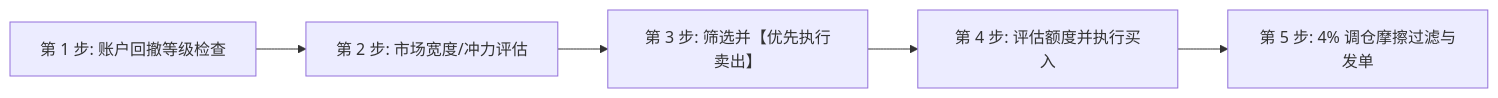
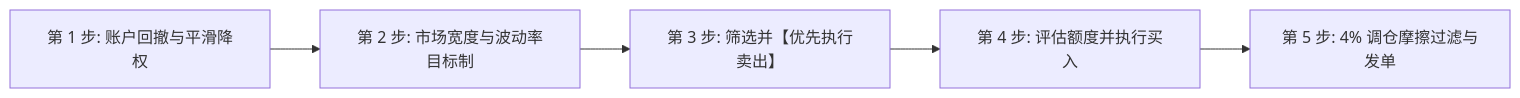
The second of 2 diagrams in docs/ruleset/chan_four_state_blend/rules_cn.md (stonewell/quant_research), drawn with Mermaid before and after one commit. The commit also changed other lines of this file and 33 other files, not shown here.

````diff
--- a/docs/ruleset/chan_four_state_blend/rules_cn.md
+++ b/docs/ruleset/chan_four_state_blend/rules_cn.md
@@ -53,7 +53,7 @@
 ```mermaid
 flowchart LR
-    T1["第 1 步: 账户回撤等级检查"] --> T2["第 2 步: 市场宽度/冲力评估"]
+    T1["第 1 步: 账户回撤与平滑降权"] --> T2["第 2 步: 市场宽度与波动率目标制"]
     T2 --> T3["第 3 步: 筛选并【优先执行卖出】"]
     T3 --> T4["第 4 步: 评估额度并执行买入"]
     T4 --> T5["第 5 步: 4% 调仓摩擦过滤与发单"]
 ```
````
